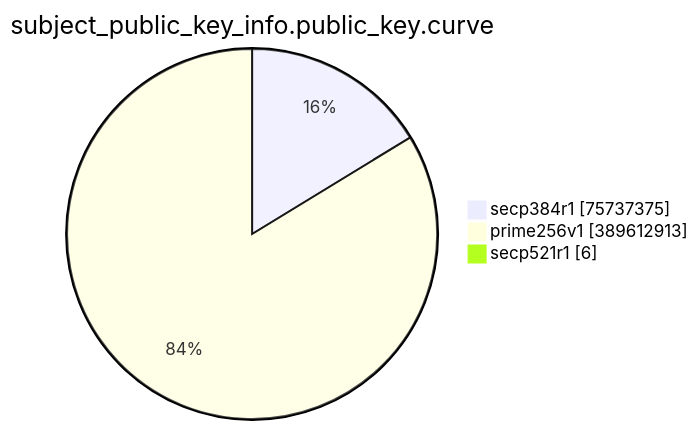
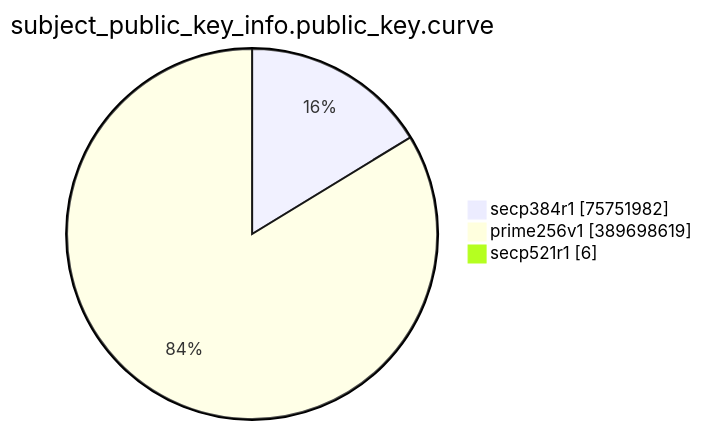
Before and after one commit to christiankrug/ctmonitor_visualization: the eighth of 15 diagrams in TOTAL/README.md, drawn with Mermaid. The commit also changed other lines of this file, not shown here.

````diff
--- a/TOTAL/README.md
+++ b/TOTAL/README.md
@@ -3094,7 +3094,7 @@
 ```mermaid
 pie showData
 title subject_public_key_info.public_key.curve
-"secp384r1" :75737375
-"prime256v1" :389612913
+"secp384r1" :75751982
+"prime256v1" :389698619
 "secp521r1" :6
 ```
````
